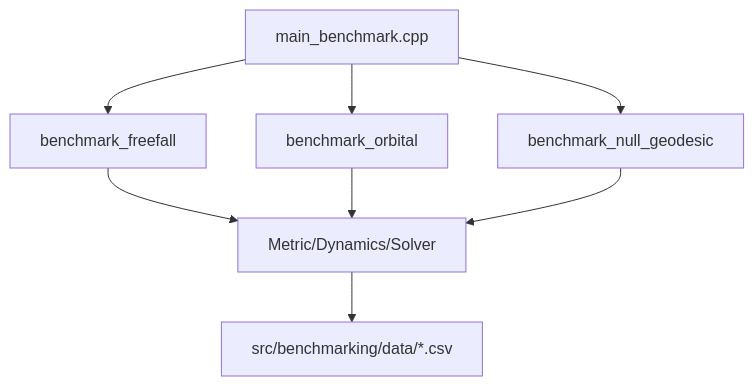
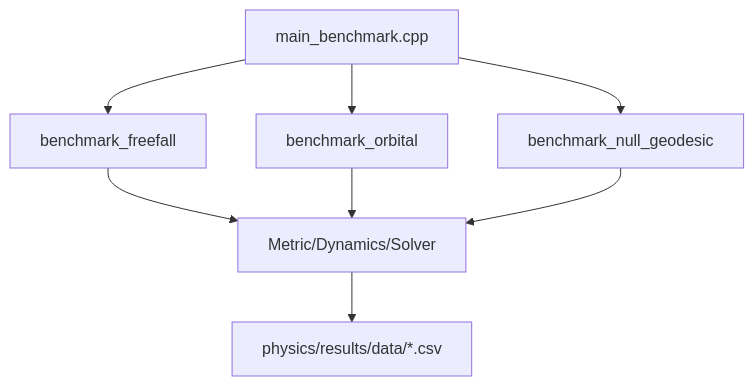
One commit to seds-celestia-simulations/Penrose changed the sixth of 6 diagrams in docs/architecture/architecture_refactor.md. Above: the diagram before and after it, drawn with Mermaid. The commit also changed other lines of this file and 65 other files, not shown here.

````diff
--- a/docs/architecture/architecture_refactor.md
+++ b/docs/architecture/architecture_refactor.md
@@ -449,10 +462,10 @@
 ```mermaid
 flowchart TD
     MainBench[main_benchmark.cpp] --> Freefall[benchmark_freefall]
     MainBench --> Orbital[benchmark_orbital]
     MainBench --> Null[benchmark_null_geodesic]
     Freefall --> Framework[Metric/Dynamics/Solver]
     Orbital --> Framework
     Null --> Framework
-    Framework --> CSV[src/benchmarking/data/*.csv]
+    Framework --> CSV[physics/results/data/*.csv]
 ```
````
